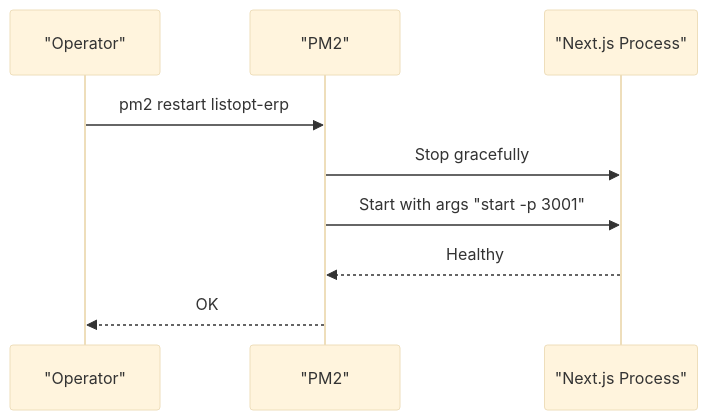
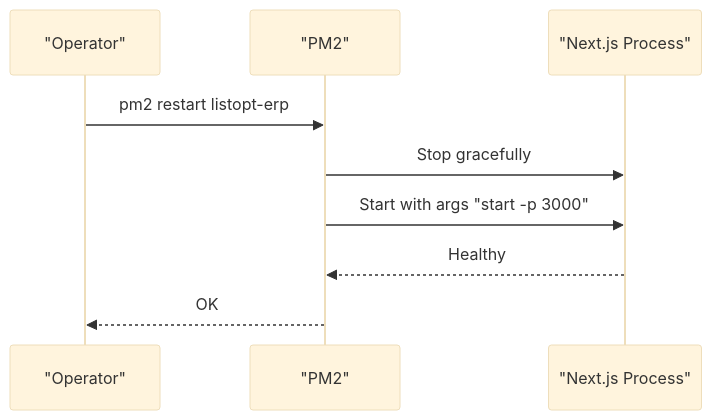
One commit to nzey11/erp-new changed the fourth of 7 diagrams in .qoder/repowiki/en/content/Deployment & Operations.md. Above: the diagram before and after it, drawn with Mermaid (base theme). The commit also changed other lines of this file and 5 other files, not shown here.

````diff
--- a/.qoder/repowiki/en/content/Deployment & Operations.md
+++ b/.qoder/repowiki/en/content/Deployment & Operations.md
@@ -178,11 +187,11 @@
 ```mermaid
 sequenceDiagram
 participant Ops as "Operator"
 participant PM2 as "PM2"
 participant Proc as "Next.js Process"
 Ops->>PM2 : pm2 restart listopt-erp
 PM2->>Proc : Stop gracefully
-PM2->>Proc : Start with args "start -p 3001"
+PM2->>Proc : Start with args "start -p 3000"
 Proc-->>PM2 : Healthy
 PM2-->>Ops : OK
 ```
````
